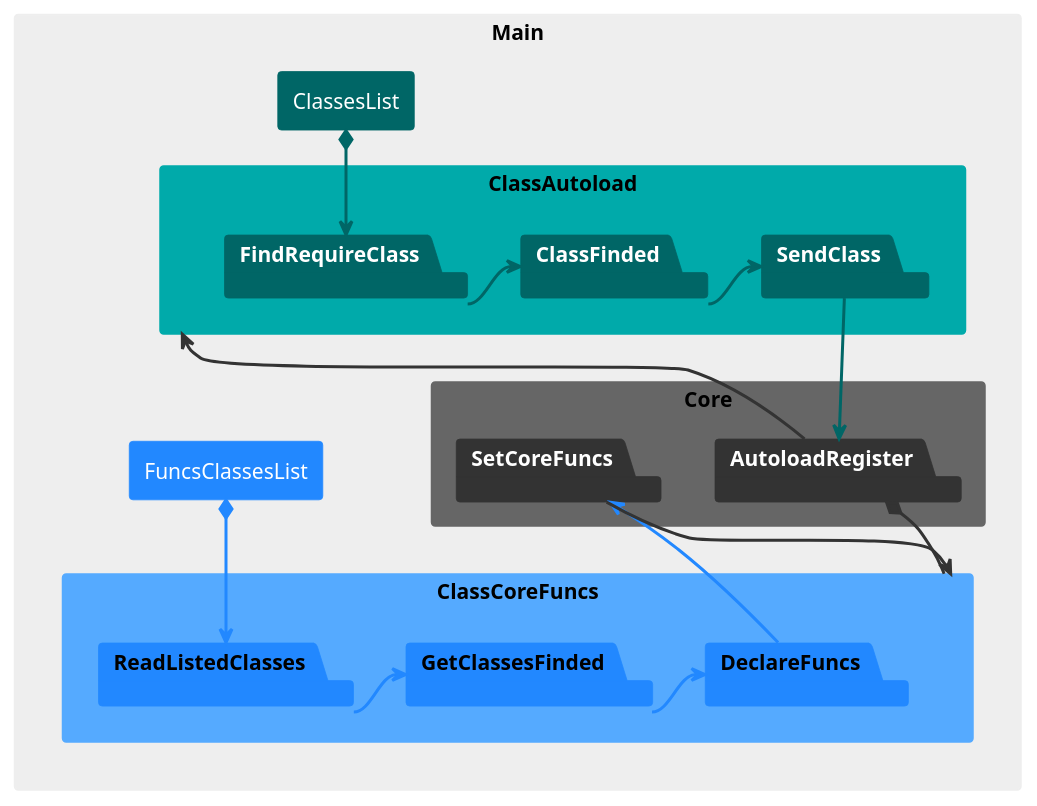
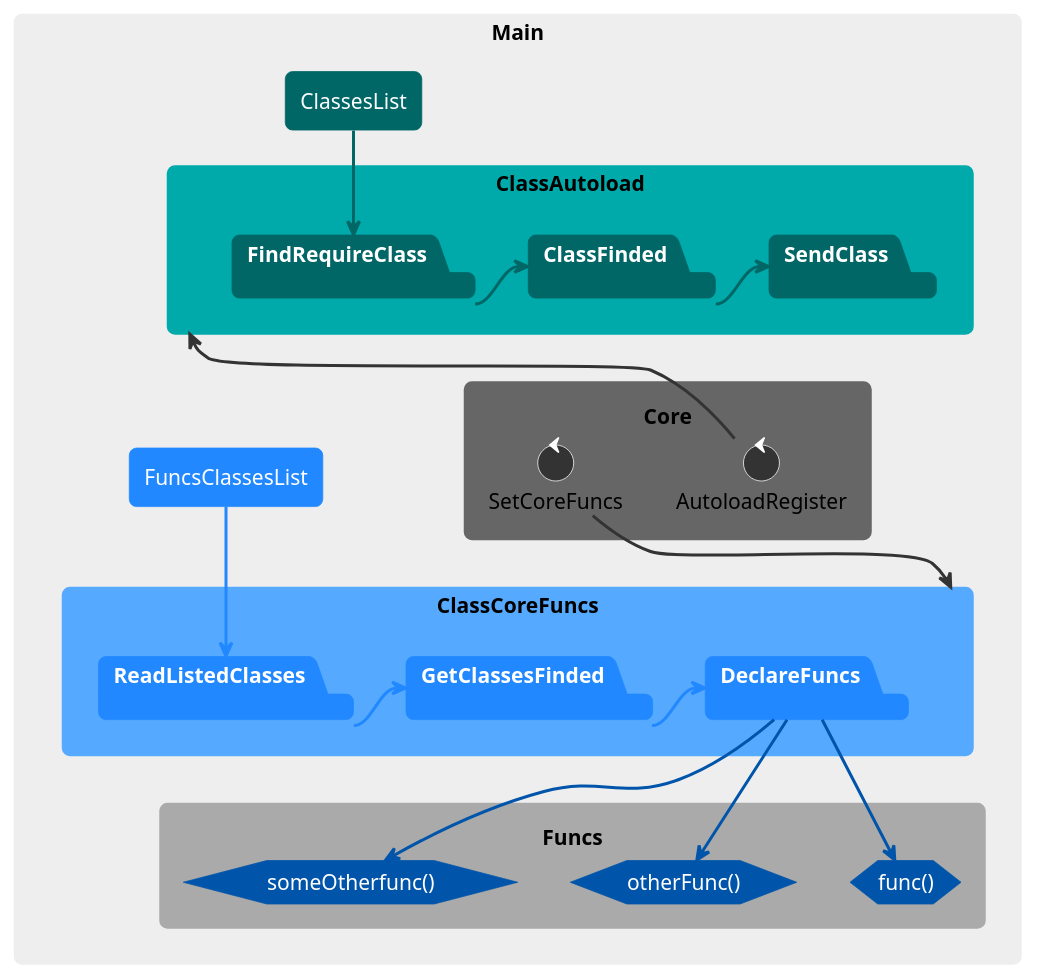
One commit to ohabille/maincore changed the diagram in diagrammesUml/coreLogical.puml. Above: the diagram before and after it, drawn with PlantUML. The commit also changed 8 other files, not shown here.

Commit message:
Diagrammes WIP 16/05/2021

```diff
--- a/diagrammesUml/coreLogical.puml
+++ b/diagrammesUml/coreLogical.puml
@@ -1,46 +1,52 @@
 @startuml
 
 skinparam packageStyle rectangle
+skinparam roundCorner 10
 
 rectangle Main #EEE;line:EEE; {
 
     rectangle ClassesList #066;line:066;text:white
 
     rectangle ClassAutoload #0AA;line:0AA; {
         package FindRequireClass #066;line:066;text:white
-        ClassesList *==> FindRequireClass #line:066;
+        ClassesList ==> FindRequireClass #line:066;
 
         package ClassFinded #066;line:066;text:white
         FindRequireClass => ClassFinded #line:066;
 
         package SendClass #066;line:066;text:white
         ClassFinded => SendClass #line:066;
     }
 
-    rectangle Core #666;line:666; {
-        package AutoloadRegister #333;line:333;text:white
+    component Core #666;line:666; {
+        control AutoloadRegister #333;line:FFF;
         ClassAutoload <== AutoloadRegister #line:333;
-        SendClass ==> AutoloadRegister #line:066;
 
-        package SetCoreFuncs #333;line:333;text:white
+        control SetCoreFuncs #333;line:FFF;
     }
 
     rectangle FuncsClassesList #28F;line:28F;text:white
 
     rectangle ClassCoreFuncs #5AF;line:5AF; {
-        package ReadListedClasses #28F;line:28F;
-        FuncsClassesList *==> ReadListedClasses #line:28F;
+        package ReadListedClasses #28F;line:28F;text:white
+        FuncsClassesList ==> ReadListedClasses #line:28F;
 
-        package GetClassesFinded #28F;line:28F;
+        package GetClassesFinded #28F;line:28F;text:white
         ReadListedClasses => GetClassesFinded #line:28F;
 
-        package DeclareFuncs #28F;line:28F;
+        package DeclareFuncs #28F;line:28F;text:white
         GetClassesFinded => DeclareFuncs #line:28F;
-        SetCoreFuncs <= DeclareFuncs #line:28F;
     }
     SetCoreFuncs ==> ClassCoreFuncs #line:333;
-    AutoloadRegister *== ClassCoreFuncs #line:333;
 
+    component Funcs #AAA;line:AAA; {
+        hexagon "func()" as Func0 #05A;line:05A;text:white
+        hexagon "otherFunc()" as Func1 #05A;line:05A;text:white
+        hexagon "someOtherfunc()" as Func2 #05A;line:05A;text:white
+        DeclareFuncs ==> Func0 #line:05A;
+        DeclareFuncs ==> Func1 #line:05A;
+        DeclareFuncs ==> Func2 #line:05A;
+    }
 }
 
 @enduml
```
